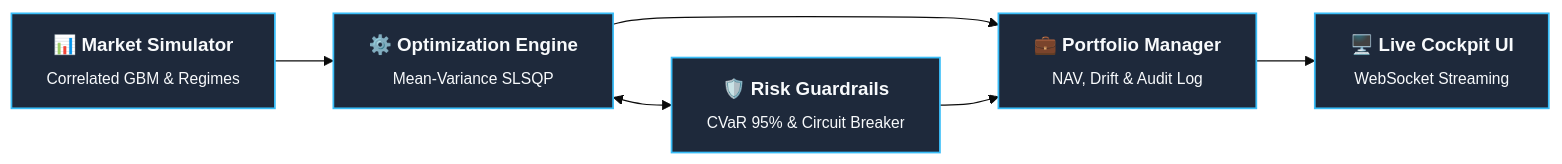
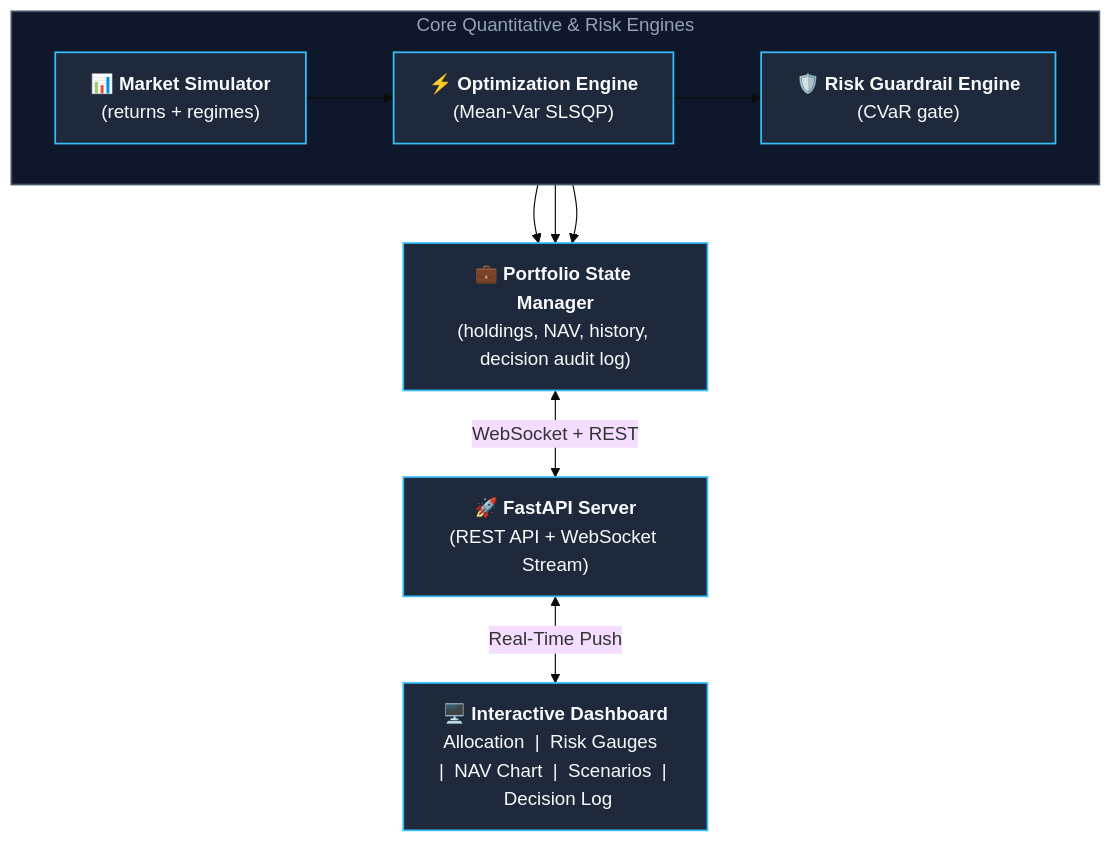
One commit to tarun05-design/FortressFi changed the diagram in README.md. Above: the diagram before and after it, drawn with Mermaid (base theme).

Commit message:
docs: align architecture diagram with original skeletal structure in modern, clean Mermaid format

````diff
--- a/README.md
+++ b/README.md
@@ -36,10 +36,25 @@
 ```mermaid
-flowchart LR
-    A["📊 <b>Market Simulator</b><br/><sub>Correlated GBM & Regimes</sub>"] --> B["⚙️ <b>Optimization Engine</b><br/><sub>Mean-Variance SLSQP</sub>"]
-    B <--> C["🛡️ <b>Risk Guardrails</b><br/><sub>CVaR 95% & Circuit Breaker</sub>"]
-    B --> D["💼 <b>Portfolio Manager</b><br/><sub>NAV, Drift & Audit Log</sub>"]
+flowchart TD
+    subgraph CoreEngine["Core Quantitative & Risk Engines"]
+        direction LR
+        A["📊 <b>Market Simulator</b><br/>(returns + regimes)"]
+        B["⚡ <b>Optimization Engine</b><br/>(Mean-Var SLSQP)"]
+        C["🛡️ <b>Risk Guardrail Engine</b><br/>(CVaR gate)"]
+        A --> B
+        B --> C
+    end
+
+    D["💼 <b>Portfolio State Manager</b><br/>(holdings, NAV, history, decision audit log)"]
+    E["🚀 <b>FastAPI Server</b><br/>(REST API + WebSocket Stream)"]
+    F["🖥️ <b>Interactive Dashboard</b><br/>Allocation  |  Risk Gauges  |  NAV Chart  |  Scenarios  |  Decision Log"]
+
+    A --> D
+    B --> D
     C --> D
-    D --> E["🖥️ <b>Live Cockpit UI</b><br/><sub>WebSocket Streaming</sub>"]
+    D <-->|"WebSocket + REST"| E
+    E <-->|"Real-Time Push"| F
 
     classDef default fill:#1e293b,stroke:#38bdf8,stroke-width:1.5px,color:#f8fafc;
+    classDef container fill:#0f172a,stroke:#475569,stroke-width:1.5px,color:#94a3b8;
+    class CoreEngine container;
 ```
````
